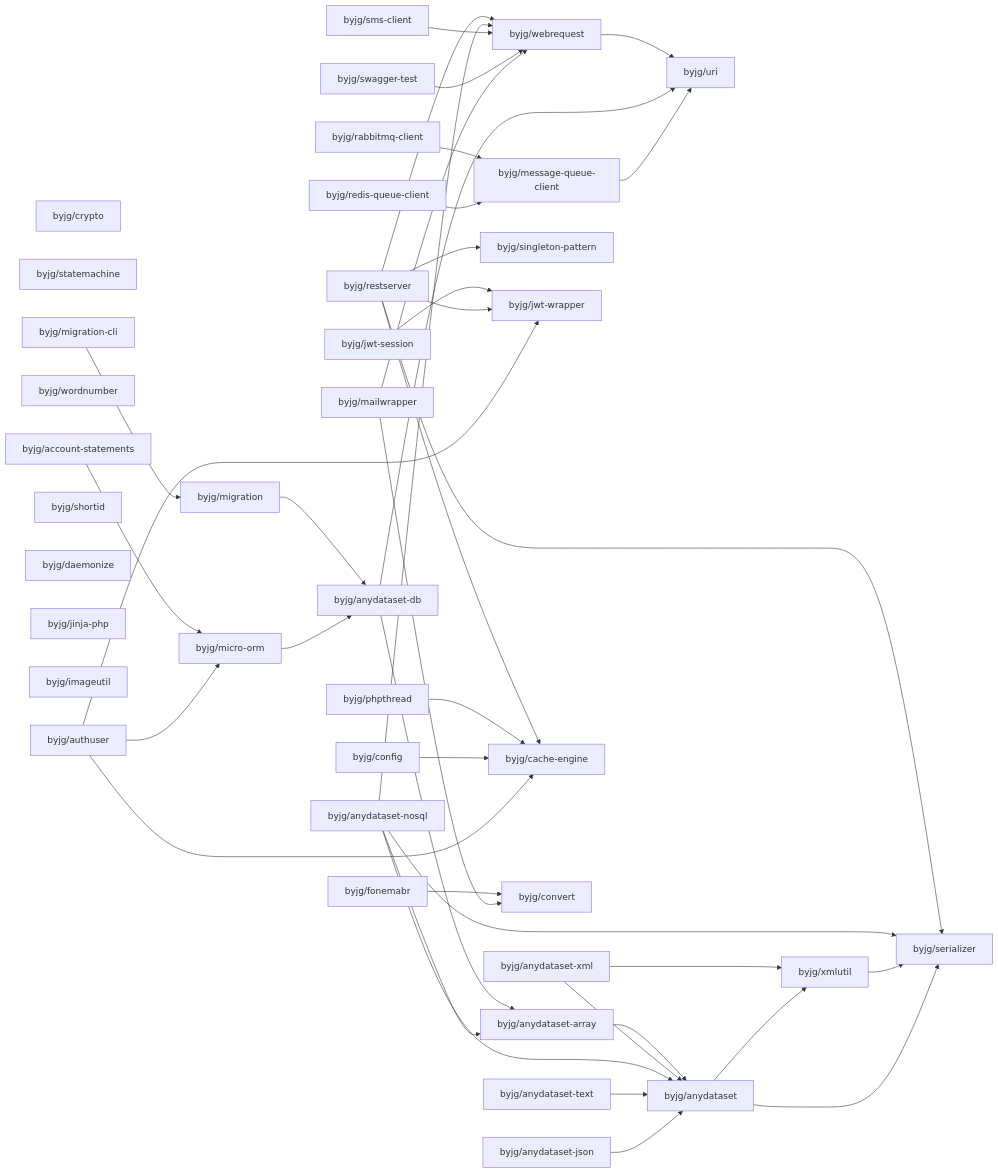
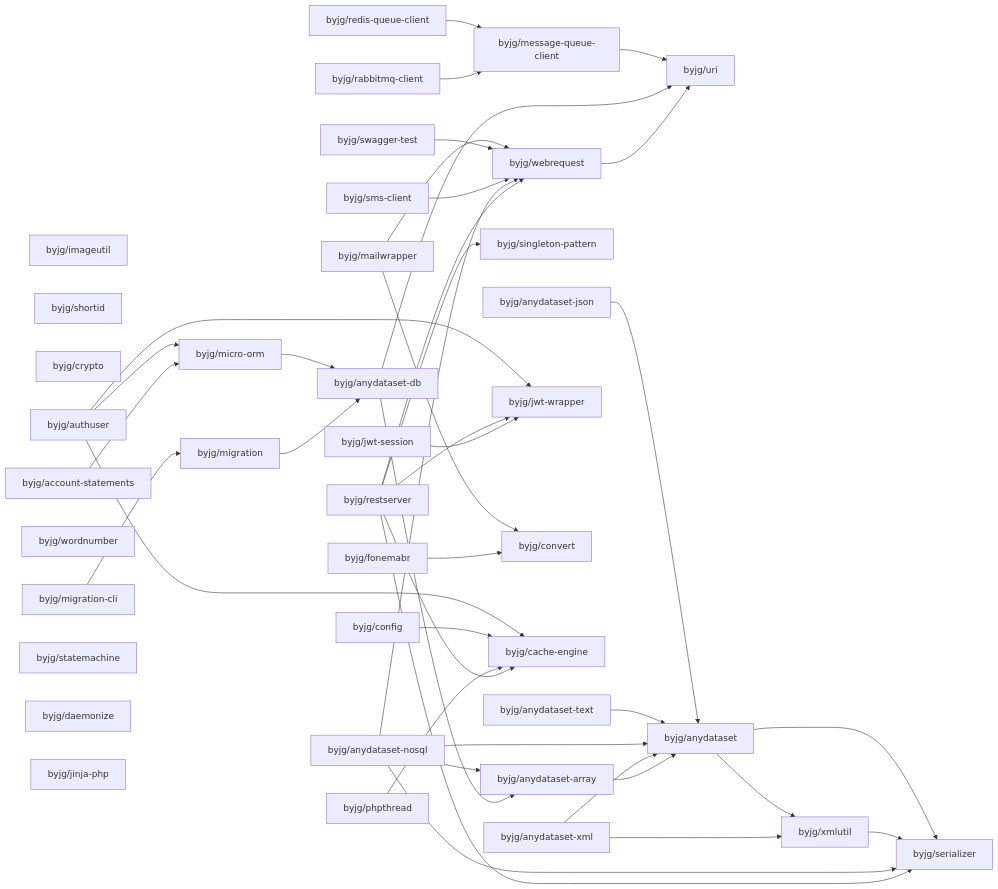
One commit to byjg/byjg.github.io changed the diagram in docs/php/README.md. Above: the diagram before and after it, drawn with Mermaid. The commit also changed other lines of this file and 1 other file, not shown here.

````diff
--- a/docs/php/README.md
+++ b/docs/php/README.md
@@ -3,79 +3,79 @@
 ```mermaid
 graph LR;
+  byjg/fonemabr;
+  byjg/jwt-session;
+  byjg/imageutil;
+  byjg/redis-queue-client;
+  byjg/anydataset-xml;
+  byjg/sms-client;
+  byjg/shortid;
+  byjg/anydataset-text;
+  byjg/restserver;
+  byjg/crypto;
+  byjg/rabbitmq-client;
+  byjg/authuser;
+  byjg/phpthread;
+  byjg/migration-cli;
+  byjg/wordnumber;
+  byjg/mailwrapper;
   byjg/anydataset-json;
-  byjg/rabbitmq-client;
+  byjg/account-statements;
+  byjg/config;
+  byjg/swagger-test;
+  byjg/statemachine;
+  byjg/daemonize;
   byjg/anydataset-nosql;
-  byjg/config;
-  byjg/anydataset-text;
-  byjg/crypto;
-  byjg/statemachine;
-  byjg/anydataset-xml;
-  byjg/authuser;
-  byjg/wordnumber;
-  byjg/account-statements;
-  byjg/shortid;
-  byjg/jwt-session;
-  byjg/restserver;
-  byjg/daemonize;
-  byjg/swagger-test;
   byjg/jinja-php;
-  byjg/imageutil;
-  byjg/fonemabr;
-  byjg/redis-queue-client;
-  byjg/sms-client;
-  byjg/phpthread;
-  byjg/mailwrapper;
-  byjg/migration-cli;
+  byjg/singleton-pattern;
+  byjg/message-queue-client;
+  byjg/jwt-wrapper;
+  byjg/migration;
+  byjg/convert;
   byjg/micro-orm;
-  byjg/singleton-pattern;
-  byjg/jwt-wrapper;
-  byjg/message-queue-client;
   byjg/cache-engine;
-  byjg/convert;
   byjg/webrequest;
-  byjg/migration;
   byjg/anydataset-db;
   byjg/anydataset-array;
   byjg/uri;
   byjg/anydataset;
   byjg/xmlutil;
   byjg/serializer;
   byjg/account-statements --> byjg/micro-orm;
   byjg/fonemabr --> byjg/convert;
   byjg/webrequest --> byjg/uri;
   byjg/anydataset-array --> byjg/anydataset;
   byjg/anydataset-xml --> byjg/anydataset;
   byjg/anydataset-xml --> byjg/xmlutil;
   byjg/rabbitmq-client --> byjg/message-queue-client;
   byjg/redis-queue-client --> byjg/message-queue-client;
   byjg/jwt-session --> byjg/jwt-wrapper;
   byjg/anydataset-db --> byjg/anydataset-array;
   byjg/anydataset-db --> byjg/uri;
   byjg/restserver --> byjg/serializer;
   byjg/restserver --> byjg/singleton-pattern;
   byjg/restserver --> byjg/cache-engine;
   byjg/restserver --> byjg/webrequest;
   byjg/restserver --> byjg/jwt-wrapper;
   byjg/migration --> byjg/anydataset-db;
   byjg/anydataset-nosql --> byjg/anydataset;
   byjg/anydataset-nosql --> byjg/anydataset-array;
   byjg/anydataset-nosql --> byjg/serializer;
   byjg/anydataset-nosql --> byjg/webrequest;
   byjg/phpthread --> byjg/cache-engine;
   byjg/sms-client --> byjg/webrequest;
   byjg/swagger-test --> byjg/webrequest;
   byjg/migration-cli --> byjg/migration;
   byjg/config --> byjg/cache-engine;
   byjg/anydataset-text --> byjg/anydataset;
   byjg/micro-orm --> byjg/anydataset-db;
   byjg/authuser --> byjg/micro-orm;
   byjg/authuser --> byjg/cache-engine;
   byjg/authuser --> byjg/jwt-wrapper;
   byjg/anydataset-json --> byjg/anydataset;
   byjg/mailwrapper --> byjg/convert;
   byjg/mailwrapper --> byjg/webrequest;
   byjg/xmlutil --> byjg/serializer;
   byjg/anydataset --> byjg/serializer;
   byjg/anydataset --> byjg/xmlutil;
   byjg/message-queue-client --> byjg/uri;
 ```
````
